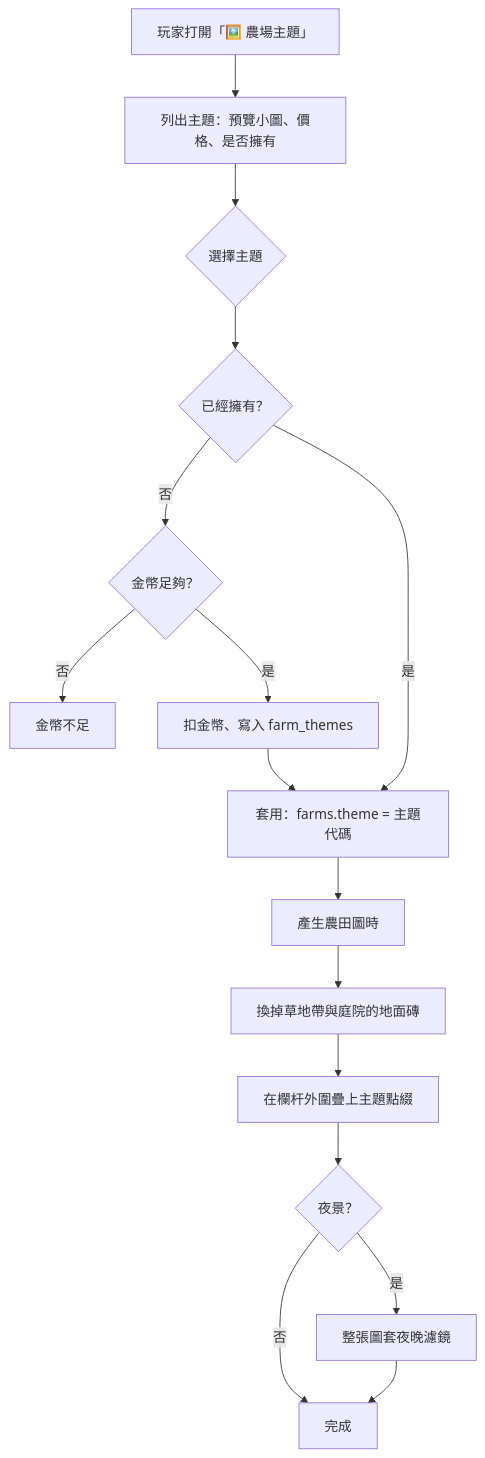
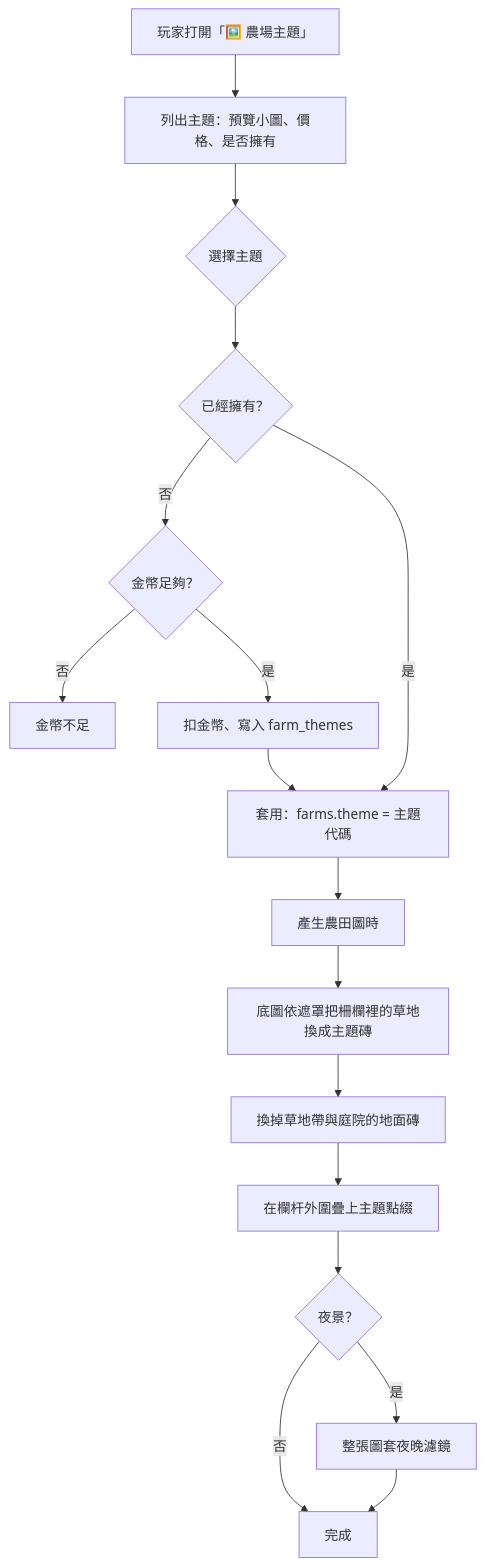
One commit to kurumicute/farmgo changed the second of 10 diagrams in 金幣回收_外觀與擴充流程圖.md. Above: the diagram before and after it, drawn with Mermaid. The commit also changed other lines of this file and 136 other files, not shown here.

Commit message:
移植包 20261119_perf：中英文切換（Migration 0047）、農田主題改版（海灘、城堡，移除櫻花）、英文翻譯與主題圖的效能修正；.dockerignore 補上 i18n/

````diff
--- a/金幣回收_外觀與擴充流程圖.md
+++ b/金幣回收_外觀與擴充流程圖.md
@@ -65,18 +88,19 @@
 ```mermaid
 flowchart TD
     A[玩家打開「🖼️ 農場主題」] --> B[列出主題：預覽小圖、價格、是否擁有]
     B --> C{選擇主題}
     C --> D{已經擁有？}
     D -- 否 --> E{金幣足夠？}
     E -- 否 --> F[金幣不足]
     E -- 是 --> G[扣金幣、寫入 farm_themes]
     G --> H[套用：farms.theme = 主題代碼]
     D -- 是 --> H
     H --> I[產生農田圖時]
-    I --> J[換掉草地帶與庭院的地面磚]
+    I --> I2[底圖依遮罩把柵欄裡的草地換成主題磚]
+    I2 --> J[換掉草地帶與庭院的地面磚]
     J --> K[在欄杆外圍疊上主題點綴]
     K --> L{夜景？}
     L -- 是 --> M[整張圖套夜晚濾鏡]
     L -- 否 --> N[完成]
     M --> N
 ```
````
